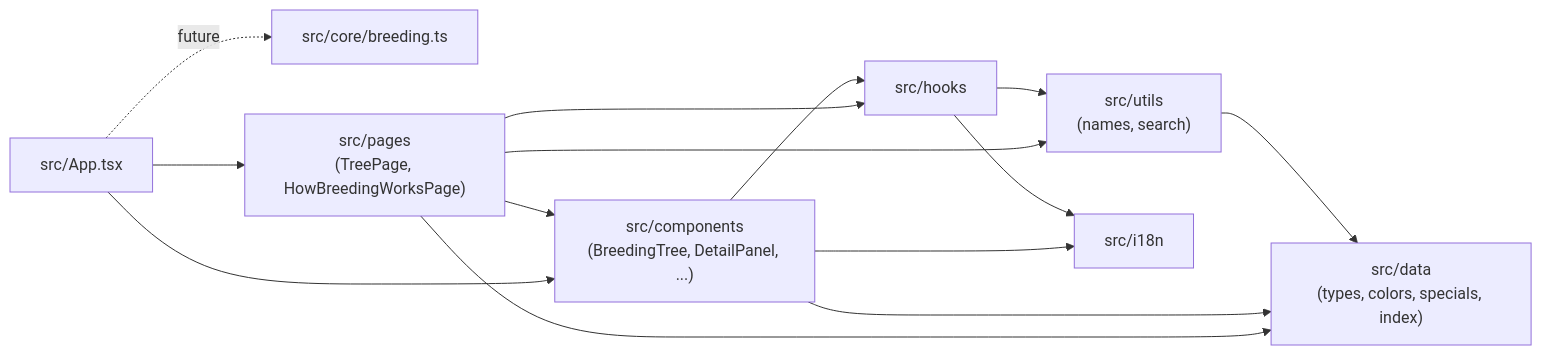
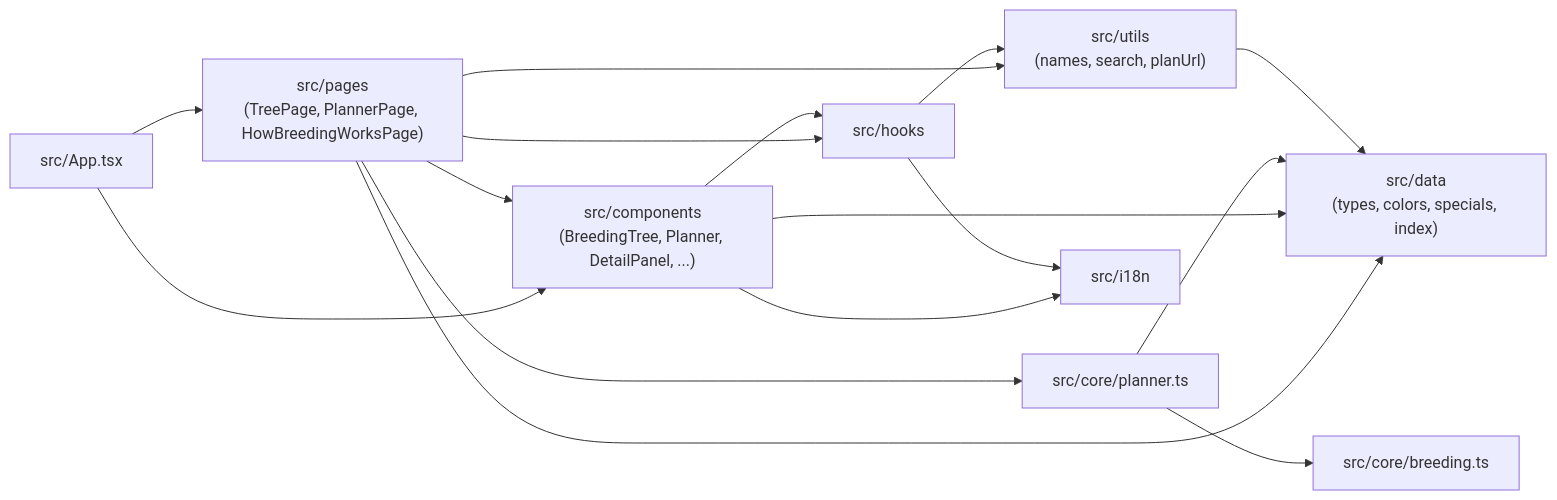
One commit to Radishoux/dragoarbre changed the first of 3 diagrams in docs/ARCHITECTURE.md. Above: the diagram before and after it, drawn with Mermaid. The commit also changed other lines of this file and 26 other files, not shown here.

First line of the commit message:
feat(planner): add the phase 2 breeding planner

````diff
--- a/docs/ARCHITECTURE.md
+++ b/docs/ARCHITECTURE.md
@@ -53,25 +59,28 @@
 ```mermaid
 graph LR
   data["src/data<br/>(types, colors, specials, index)"]
-  core["src/core/breeding.ts"]
-  utils["src/utils<br/>(names, search)"]
+  breeding["src/core/breeding.ts"]
+  planner["src/core/planner.ts"]
+  utils["src/utils<br/>(names, search, planUrl)"]
   hooks["src/hooks"]
   i18n["src/i18n"]
-  components["src/components<br/>(BreedingTree, DetailPanel, ...)"]
-  pages["src/pages<br/>(TreePage, HowBreedingWorksPage)"]
+  components["src/components<br/>(BreedingTree, Planner, DetailPanel, ...)"]
+  pages["src/pages<br/>(TreePage, PlannerPage, HowBreedingWorksPage)"]
   app["src/App.tsx"]
 
   utils --> data
   hooks --> i18n
   hooks --> utils
+  planner --> breeding
+  planner --> data
   components --> data
   components --> hooks
   components --> i18n
   pages --> data
+  pages --> planner
   pages --> components
   pages --> hooks
   pages --> utils
   app --> pages
   app --> components
-  app -.future.-> core
 ```
````
